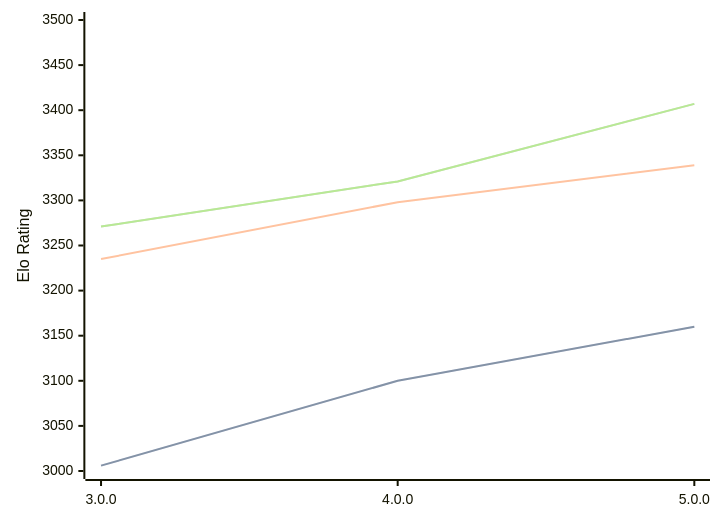
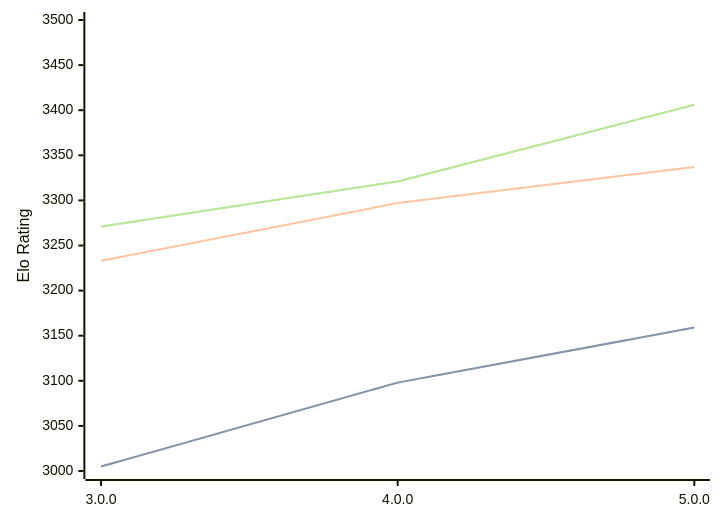
One commit to computer-chess-index/cci changed the diagram in engines/Minke.md. Above: the diagram before and after it, drawn with Mermaid. The commit also changed other lines of this file, not shown here.

Commit message:
Update CCI Ratings (ELO VLTC) - 2026-03-23

````diff
--- a/engines/Minke.md
+++ b/engines/Minke.md
@@ -35,11 +35,11 @@
 ```mermaid
 %%{init: {"theme":"base","themeVariables":{"seriesColors:['#a3a3a3','#222221','#faa371']}}}%%
 xychart-beta
   x-axis ["3.0.0", "4.0.0", "5.0.0"]
   y-axis "Elo Rating" 3000 --> 3500
-  line "STC (8.0+0.08s)" [3006, 3100, 3160]
-  line "STC (8.0+0.08s)" [3006, 3100, 3160]
-  line "LTC (60.0+0.60s)" [3235, 3298, 3339]
-  line "VLTC (2m24s+1.12s)" [3271, 3321, 3407]
-  line "VLTC (2m24s+1.12s)" [3271, 3321, 3407]
+  line "STC (8.0+0.08s)" [3005, 3098, 3159]
+  line "STC (8.0+0.08s)" [3005, 3098, 3159]
+  line "LTC (60.0+0.60s)" [3233, 3297, 3337]
+  line "VLTC (2m24s+1.12s)" [3271, 3321, 3406]
+  line "VLTC (2m24s+1.12s)" [3271, 3321, 3406]
 ```
````
